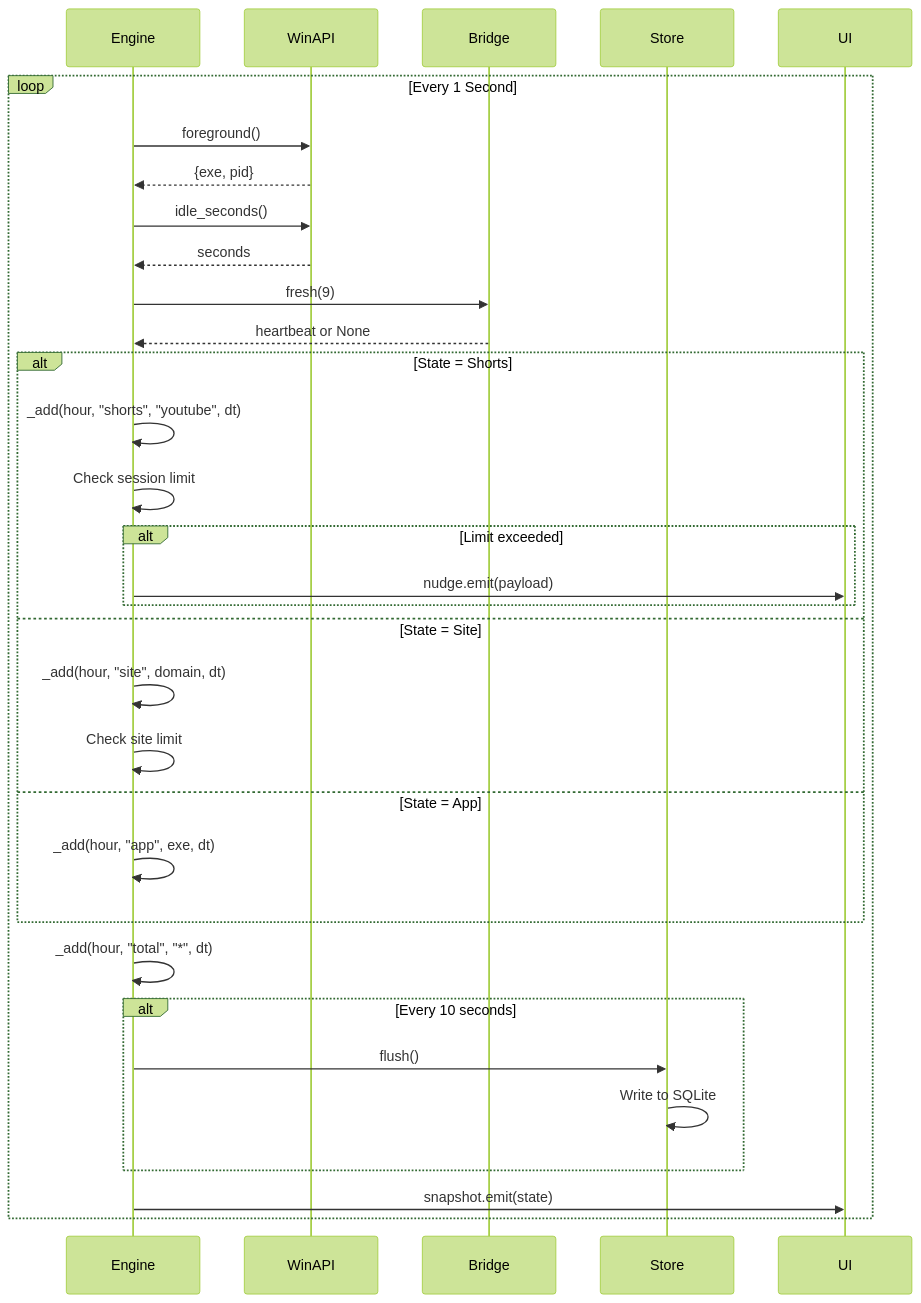
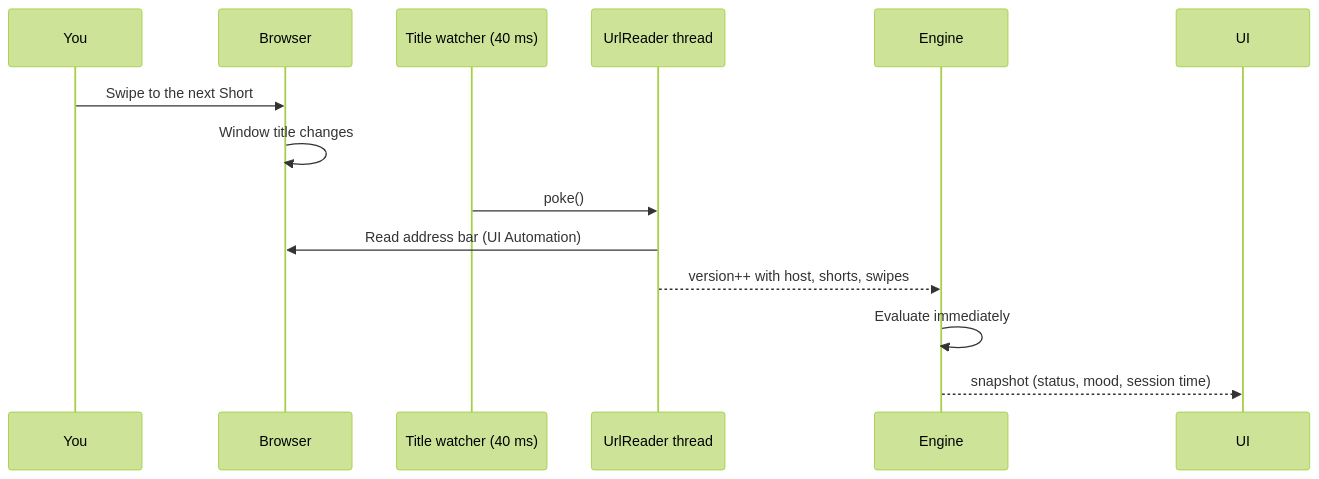
The fourth of 9 diagrams in README.md (Abubakkar-Khan/PHI), drawn with Mermaid (forest theme) before and after one commit. The commit also changed other lines of this file and 9 other files, not shown here.

````diff
--- a/README.md
+++ b/README.md
@@ -261,39 +197,17 @@
 ```mermaid
 sequenceDiagram
+    participant U as You
+    participant B as Browser
+    participant W as Title watcher (40 ms)
+    participant R as UrlReader thread
     participant E as Engine
-    participant W as WinAPI
-    participant B as Bridge
-    participant S as Store
-    participant U as UI
-    
-    loop Every 1 Second
-        E->>W: foreground()
-        W-->>E: {exe, pid}
-        E->>W: idle_seconds()
-        W-->>E: seconds
-        E->>B: fresh(9)
-        B-->>E: heartbeat or None
-        
-        alt State = Shorts
-            E->>E: _add(hour, "shorts", "youtube", dt)
-            E->>E: Check session limit
-            alt Limit exceeded
-                E->>U: nudge.emit(payload)
-            end
-        else State = Site
-            E->>E: _add(hour, "site", domain, dt)
-            E->>E: Check site limit
-        else State = App
-            E->>E: _add(hour, "app", exe, dt)
-        end
-        
-        E->>E: _add(hour, "total", "*", dt)
-        
-        alt Every 10 seconds
-            E->>S: flush()
-            S->>S: Write to SQLite
-        end
-        
-        E->>U: snapshot.emit(state)
-    end
+    participant UI as UI
+
+    U->>B: Swipe to the next Short
+    B->>B: Window title changes
+    W->>R: poke()
+    R->>B: Read address bar (UI Automation)
+    R-->>E: version++ with host, shorts, swipes
+    E->>E: Evaluate immediately
+    E-->>UI: snapshot (status, mood, session time)
 ```
````
